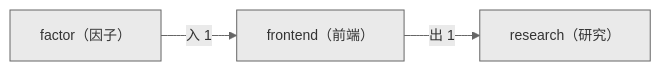
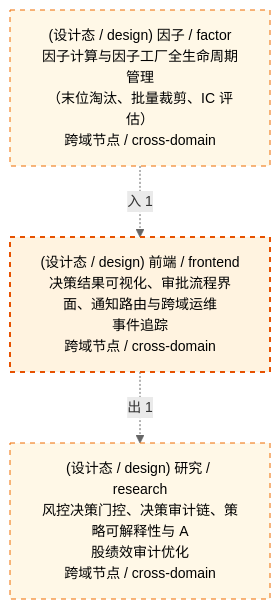
Before and after one commit to xuanFelixVan/ZephyrAlpha: the third of 3 diagrams in docs/02_enterprise_architecture/06_decision_architecture/08_decision_l2a_frontend.md, drawn with Mermaid. The commit also changed other lines of this file and 23 other files, not shown here.

First line of the commit message:
feat(decisiongraph): 决策流图生成器模板 V1.2 全面升级——严格三视图+四要素标签+classDef四色+HTML联动

````diff
--- a/docs/02_enterprise_architecture/06_decision_architecture/08_decision_l2a_frontend.md
+++ b/docs/02_enterprise_architecture/06_decision_architecture/08_decision_l2a_frontend.md
@@ -93,9 +181,15 @@
 ```mermaid
-%%{init: {'theme': 'base', 'themeVariables': {'primaryColor': '#eaeaea', 'primaryTextColor': '#333333', 'primaryBorderColor': '#666666', 'lineColor': '#666666', 'secondaryColor': '#eaeaea', 'tertiaryColor': '#eaeaea', 'fontSize': '14px'}}}%%
-flowchart LR
-    SELF["frontend（前端）"]
-    EXT_research["research（研究）"]
-    SELF -->|出 1| EXT_research
-    EXT_factor["factor（因子）"]
-    EXT_factor -->|入 1| SELF
+%%{init: {'theme': 'base', 'themeVariables': {'primaryColor': '#eaeaea', 'primaryTextColor': '#333333', 'primaryBorderColor': '#666666', 'lineColor': '#666666', 'secondaryColor': '#eaeaea', 'tertiaryColor': '#eaeaea', 'clusterBkg': 'transparent', 'clusterBorder': 'transparent', 'fontSize': '14px'}}}%%
+flowchart TD
+    SELF["(设计态 / design) 前端 / frontend<br/>决策结果可视化、审批流程界面、通知路由与跨域运维<br/>事件追踪<br/>跨域节点 / cross-domain"]
+    EXT_research["(设计态 / design) 研究 / research<br/>风控决策门控、决策审计链、策略可解释性与 A<br/>股绩效审计优化<br/>跨域节点 / cross-domain"]
+    SELF -.->|出 1| EXT_research
+    EXT_factor["(设计态 / design) 因子 / factor<br/>因子计算与因子工厂全生命周期管理<br/>（末位淘汰、批量裁剪、IC 评估）<br/>跨域节点 / cross-domain"]
+    EXT_factor -.->|入 1| SELF
+    classDef production fill:#e1f5fe,stroke:#01579b,stroke-width:2px,color:#000
+    classDef design fill:#fff3e0,stroke:#e65100,stroke-width:2px,color:#000,stroke-dasharray: 5 5
+    classDef external_prod fill:#e8f4fd,stroke:#0277bd,stroke-width:1px,color:#000
+    classDef external_design fill:#fff8e7,stroke:#ef6c00,stroke-width:1px,color:#000,stroke-dasharray: 5 5
+    class SELF design
+    class EXT_research,EXT_factor external_design
 ```
````
